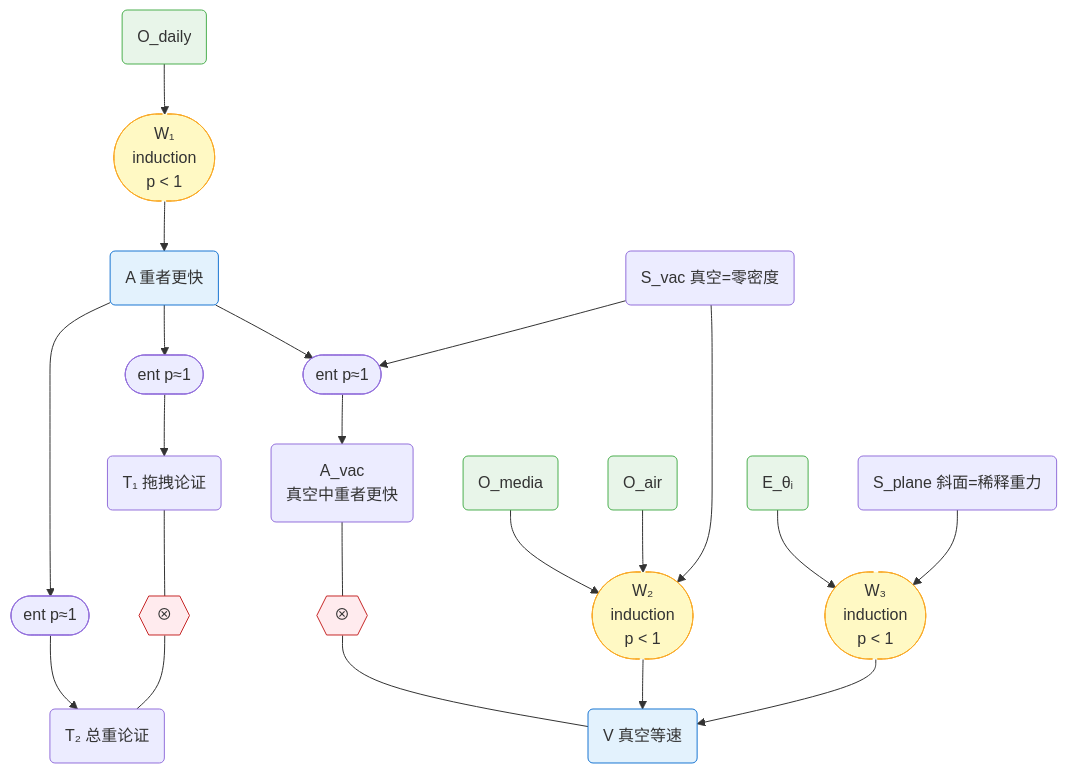
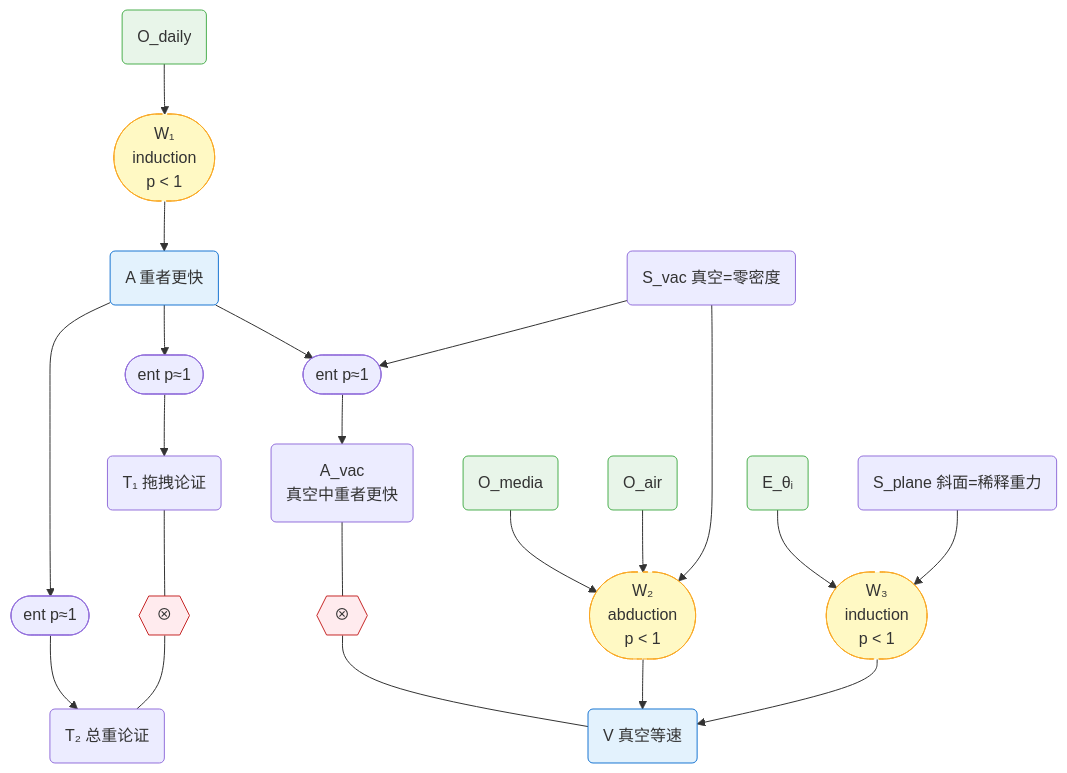
Before and after one commit to SiliconEinstein/Gaia: the fourth of 9 diagrams in docs/foundations/theory/science-formalization.md, drawn with Mermaid. The commit also changed other lines of this file, not shown here.

First line of the commit message:
docs: relabel W₂ as abduction, explain causal hypothesis vs pattern

````diff
--- a/docs/foundations/theory/science-formalization.md
+++ b/docs/foundations/theory/science-formalization.md
@@ -234,28 +234,28 @@
 ```mermaid
 graph TD
     %% Conclusion A
     Odaily("O_daily"):::obs --> w1(["W₁<br/>induction<br/>p < 1"]):::weak --> A("A 重者更快"):::concl
     A --> fA1(["ent p≈1"]) --> T1("T₁ 拖拽论证")
     A --> fA2(["ent p≈1"]) --> T2("T₂ 总重论证")
     T1 --- contra1{{"⊗"}}:::contra --- T2
     A --> fAvac(["ent p≈1"])
     Svac("S_vac 真空=零密度") --> fAvac
     fAvac --> Avac("A_vac<br/>真空中重者更快")
     Avac --- contra2{{"⊗"}}:::contra --- V
 
-    %% Conclusion V — induction path
-    Omedia("O_media"):::obs --> w2(["W₂<br/>induction<br/>p < 1"]):::weak
+    %% Conclusion V — abduction path
+    Omedia("O_media"):::obs --> w2(["W₂<br/>abduction<br/>p < 1"]):::weak
     Oair("O_air"):::obs --> w2
     Svac --> w2
     w2 --> V("V 真空等速"):::concl
 
     %% Conclusion V — experiment path
     Etheta("E_θᵢ"):::obs --> w3(["W₃<br/>induction<br/>p < 1"]):::weak
     Splane("S_plane 斜面=稀释重力") --> w3
     w3 --> V
 
     classDef obs fill:#e8f5e9,stroke:#4caf50
     classDef concl fill:#e3f2fd,stroke:#1976d2
     classDef contra fill:#ffebee,stroke:#c62828
     classDef weak fill:#fff9c4,stroke:#f9a825,stroke-dasharray: 5 5
 ```
````
